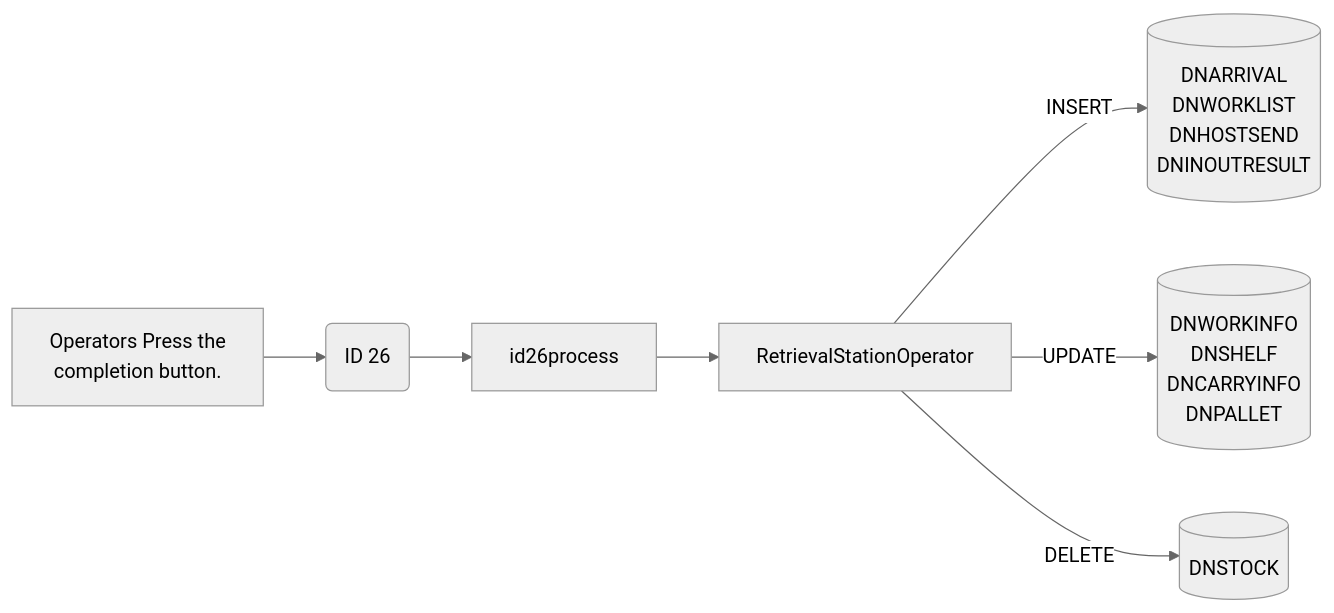
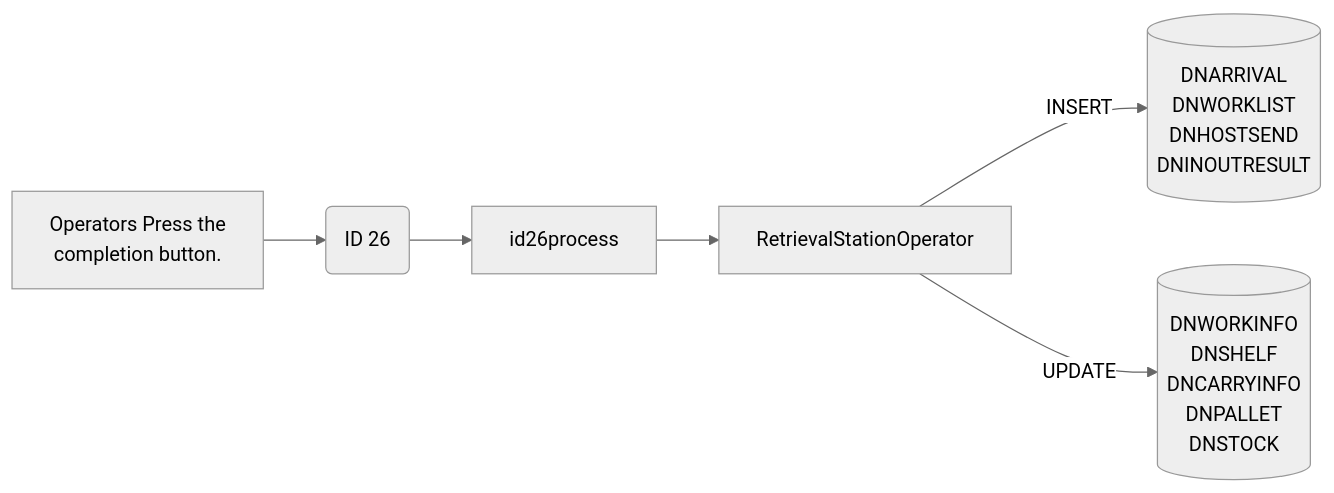
Diagram 17 of 17 in Basic-Design/DFD-WMS/Retrieval/QC-Setting/Retrieval-for-QC-Start.md (luthfiadityaa/SimeDarby-Wiki), drawn with Mermaid (neutral theme) before and after one commit.

Commit message:
Updated Retrieval for QC Start

```diff
--- a/Basic-Design/DFD-WMS/Retrieval/QC-Setting/Retrieval-for-QC-Start.md
+++ b/Basic-Design/DFD-WMS/Retrieval/QC-Setting/Retrieval-for-QC-Start.md
@@ -658,42 +658,38 @@
 ::: mermaid
 flowchart LR
 
 buttonclicked["
 Operators Press the 
 completion button.
 "]
 
 id26msg("
 ID 26
 ")
 
 id26-update[("
 DNWORKINFO
 DNSHELF
 DNCARRYINFO
 DNPALLET
-")]
-
-id26-delete[("
 DNSTOCK
 ")]
 
 id26-insert[("
 DNARRIVAL
 DNWORKLIST
 DNHOSTSEND
 DNINOUTRESULT
 ")]
 
 id26process[id26process]
 retrievaloperator[RetrievalStationOperator]
 
 
 buttonclicked --> id26msg
 id26msg -->id26process
 id26process-->retrievaloperator
 
 retrievaloperator--> |INSERT| id26-insert
 retrievaloperator--> |UPDATE| id26-update
-retrievaloperator--> |DELETE| id26-delete
 :::
```
